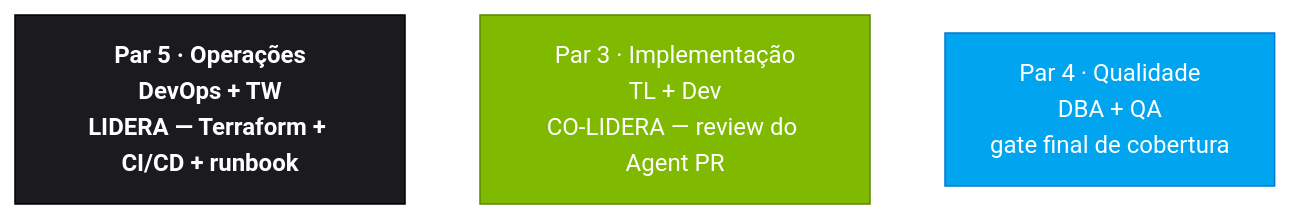
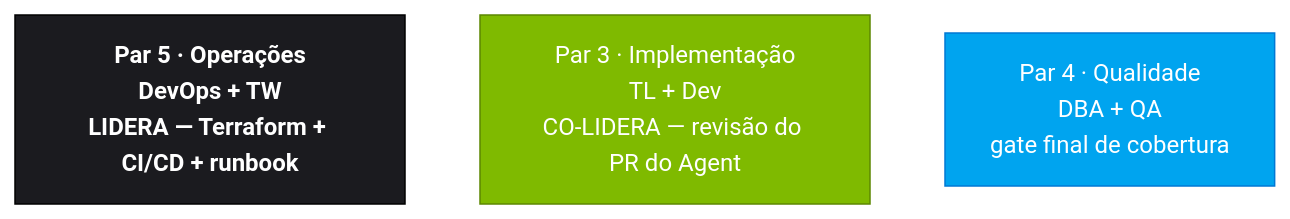
The second of 2 diagrams in pt-br/04-evolucao/README.md (paulasilvatech/hackathon-datacorp-team-kit), drawn with Mermaid before and after one commit. The commit also changed other lines of this file and 172 other files, not shown here.

````diff
--- a/pt-br/04-evolucao/README.md
+++ b/pt-br/04-evolucao/README.md
@@ -37,10 +37,10 @@
 ```mermaid
 flowchart TB
  classDef ops fill:#1B1B1F,stroke:#000,color:#fff,font-weight:bold
  classDef impl fill:#7FBA00,stroke:#5C8700,color:#fff
  classDef qual fill:#00A4EF,stroke:#0078D4,color:#fff
 
  P5[Par 5 · Operações<br/>DevOps + TW<br/>LIDERA — Terraform + CI/CD + runbook]:::ops
- P3[Par 3 · Implementação<br/>TL + Dev<br/>CO-LIDERA — review do Agent PR]:::impl
+ P3[Par 3 · Implementação<br/>TL + Dev<br/>CO-LIDERA — revisão do PR do Agent]:::impl
  P4[Par 4 · Qualidade<br/>DBA + QA<br/>gate final de cobertura]:::qual
 ```
````
